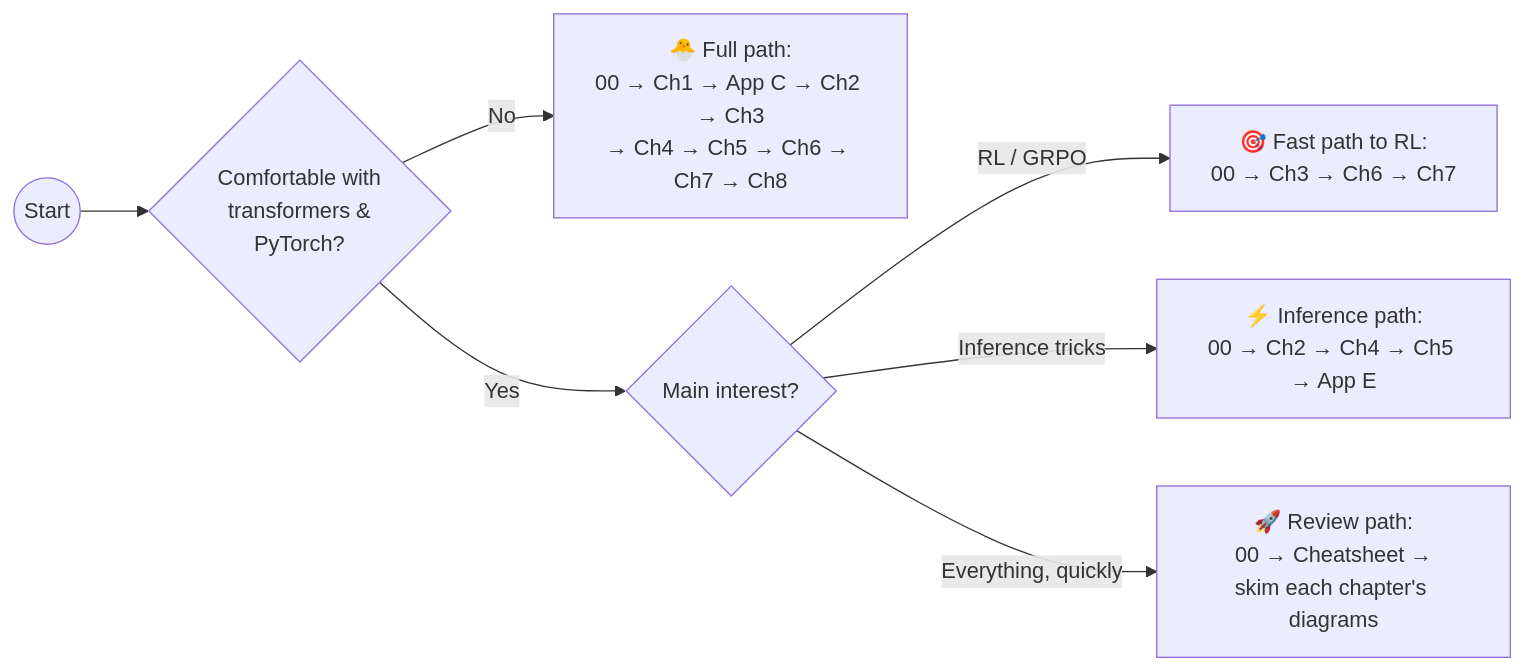
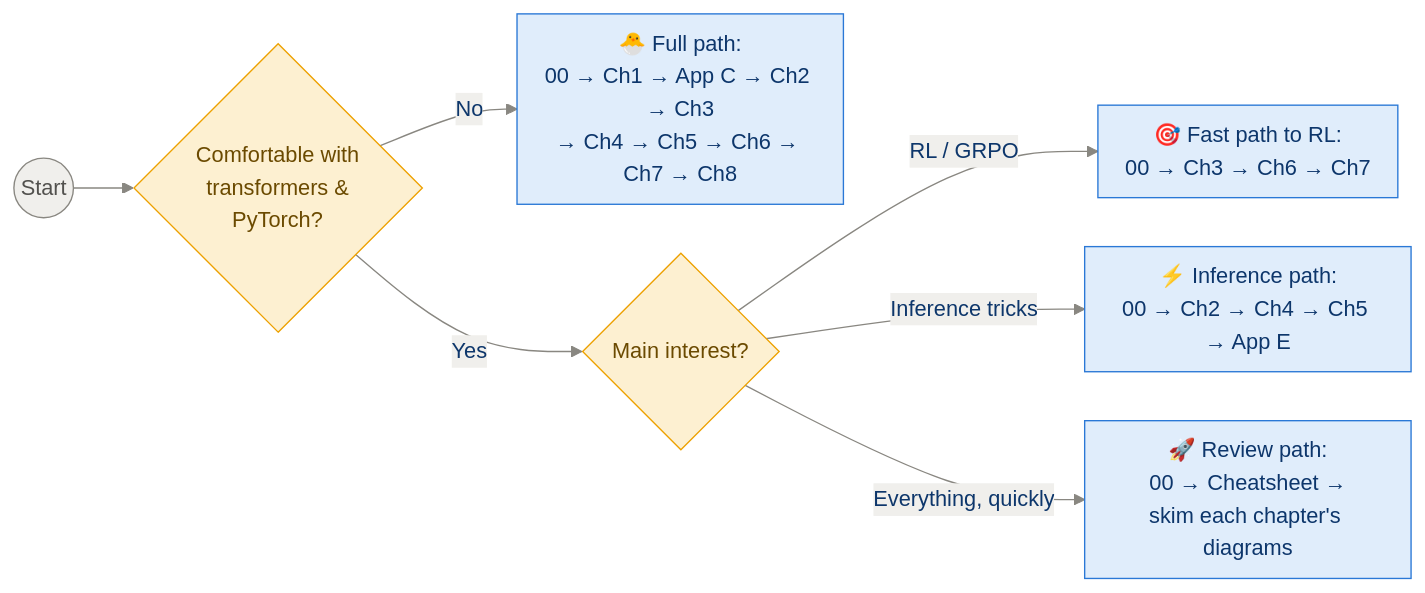
The second of 2 diagrams in README.md (sudhanshu-shivam-dev/reasoning_model_from_scratch), drawn with Mermaid before and after one commit. The commit also changed other lines of this file and 14 other files, not shown here.

First line of the commit message:
Restyle all 54 diagrams: consistent palette, semantic colors, better spacing

````diff
--- a/README.md
+++ b/README.md
@@ -111,9 +118,14 @@
 ```mermaid
+%%{init: {"theme":"base","themeVariables":{"primaryColor":"#e0edfb","primaryTextColor":"#0d366b","primaryBorderColor":"#2a78d6","lineColor":"#898781","textColor":"#52514e","edgeLabelBackground":"#f0efec","clusterBkg":"rgba(137,135,129,0.07)","clusterBorder":"#a9a7a0","titleColor":"#898781"},"flowchart":{"nodeSpacing":36,"rankSpacing":44,"curve":"basis","padding":10}}}%%
 flowchart LR
     START(("Start")) --> Q1{"Comfortable with<br/>transformers &<br/>PyTorch?"}
     Q1 -- "No" --> PATH_A["🐣 Full path:<br/>00 → Ch1 → App C → Ch2 → Ch3<br/>→ Ch4 → Ch5 → Ch6 → Ch7 → Ch8"]
     Q1 -- "Yes" --> Q2{"Main interest?"}
     Q2 -- "RL / GRPO" --> PATH_B["🎯 Fast path to RL:<br/>00 → Ch3 → Ch6 → Ch7"]
     Q2 -- "Inference tricks" --> PATH_C["⚡ Inference path:<br/>00 → Ch2 → Ch4 → Ch5 → App E"]
     Q2 -- "Everything, quickly" --> PATH_D["🚀 Review path:<br/>00 → Cheatsheet →<br/>skim each chapter's diagrams"]
+    classDef dec fill:#fdf0d1,stroke:#eda100,color:#6b4a00
+    classDef dim fill:#f0efec,stroke:#898781,color:#52514e
+    class Q1,Q2 dec
+    class START dim
 ```
````
